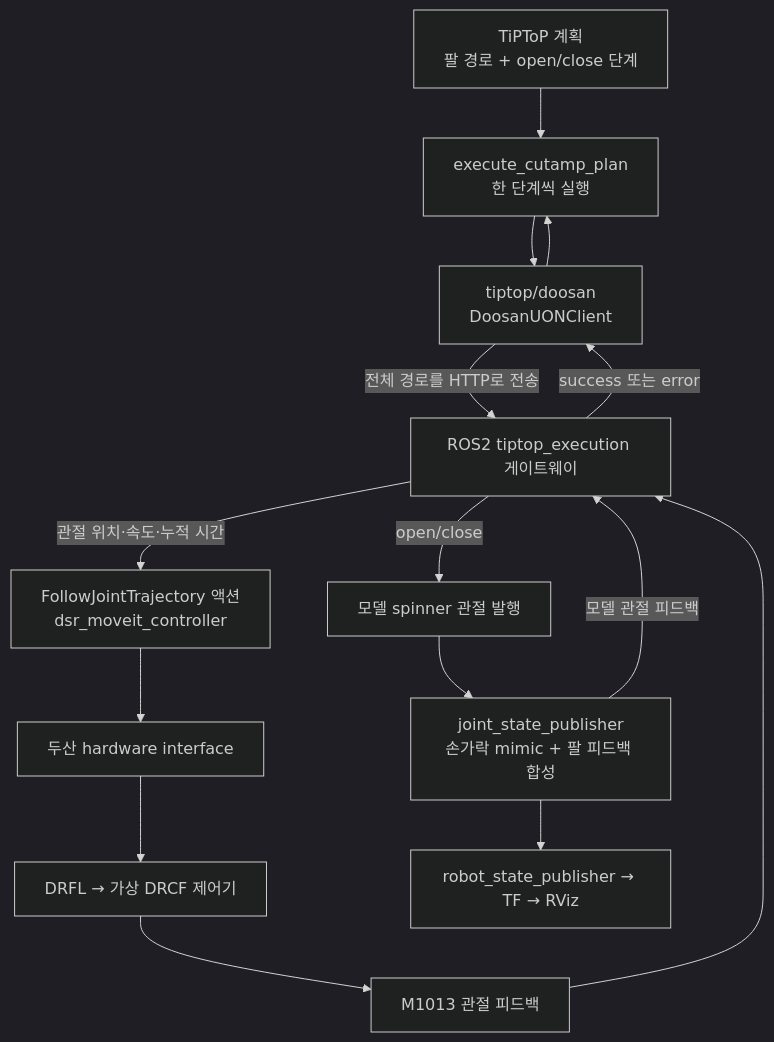
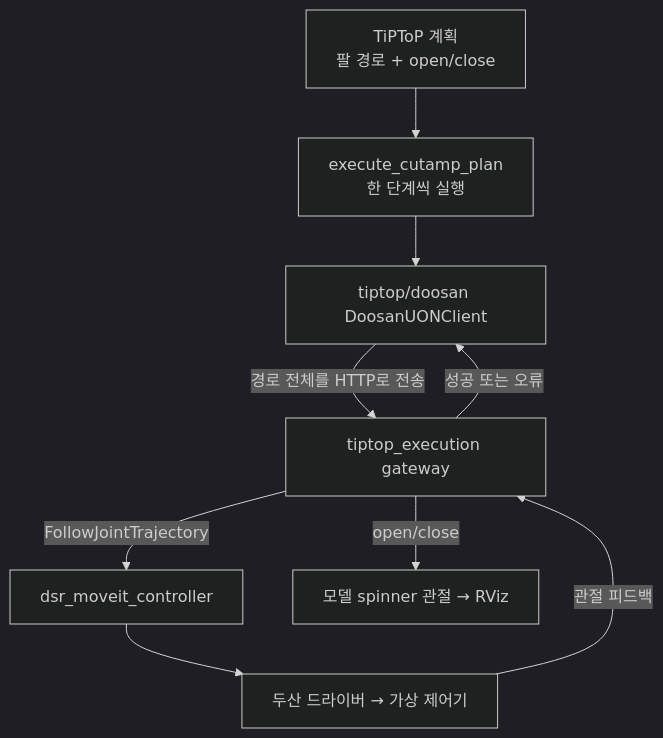
Before and after one commit to uon-dasol/tiptop: the diagram in docs/m1013-execution.md, drawn with Mermaid (dark theme). The commit also changed other lines of this file and 16 other files, not shown here.

````diff
--- a/docs/m1013-execution.md
+++ b/docs/m1013-execution.md
@@ -22,17 +10,11 @@
 ```mermaid
 flowchart TD
-    P[TiPToP 계획<br/>팔 경로 + open/close 단계] --> E[execute_cutamp_plan<br/>한 단계씩 실행]
-    E --> C[tiptop/doosan<br/>DoosanUONClient]
-    C -->|전체 경로를 HTTP로 전송| G[ROS2 tiptop_execution 게이트웨이]
-    G -->|관절 위치·속도·누적 시간| T[FollowJointTrajectory 액션<br/>dsr_moveit_controller]
-    T --> H[두산 hardware interface]
-    H --> D[DRFL → 가상 DRCF 제어기]
-    D --> A[M1013 관절 피드백]
-    A --> G
-    G -->|open/close| M[모델 spinner 관절 발행]
-    M --> J[joint_state_publisher<br/>손가락 mimic + 팔 피드백 합성]
-    J --> R[robot_state_publisher → TF → RViz]
-    J -->|모델 관절 피드백| G
-    G -->|success 또는 error| C
-    C --> E
+    P[TiPToP 계획<br/>팔 경로 + open/close] --> E[execute_cutamp_plan<br/>한 단계씩 실행]
+    E --> C[tiptop/doosan DoosanUONClient]
+    C -->|경로 전체를 HTTP로 전송| G[tiptop_execution gateway]
+    G -->|FollowJointTrajectory| T[dsr_moveit_controller]
+    T --> H[두산 드라이버 → 가상 제어기]
+    H -->|관절 피드백| G
+    G -->|open/close| M[모델 spinner 관절 → RViz]
+    G -->|성공 또는 오류| C
 ```
````
